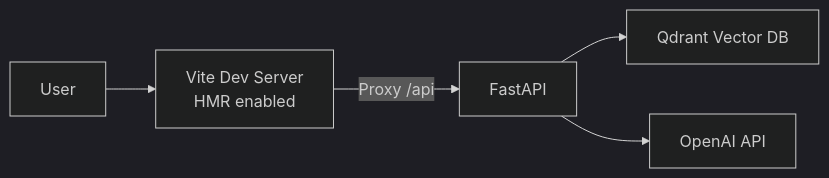
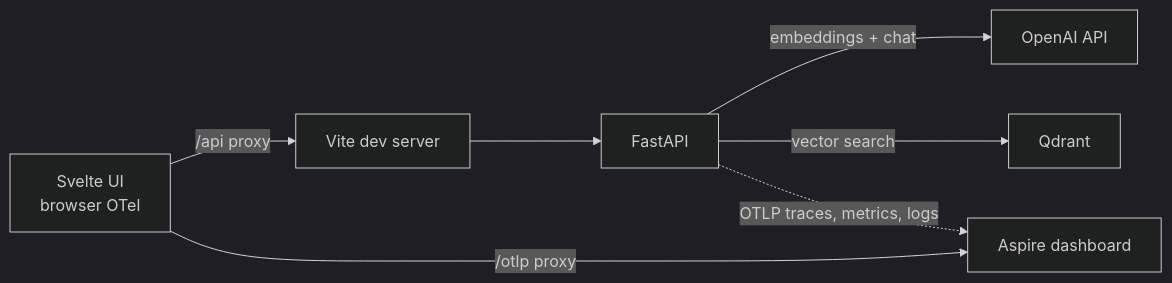
The first of 2 diagrams in samples/rag-document-qa-svelte/README.md (microsoft/aspire-samples), drawn with Mermaid (dark theme) before and after one commit. The commit also changed other lines of this file and 36 other files, not shown here.

First line of the commit message:
rag-document-qa-svelte: handbook Q&A with GenAI telemetry, browser tracing, and Scalar

````diff
--- a/samples/rag-document-qa-svelte/README.md
+++ b/samples/rag-document-qa-svelte/README.md
@@ -13,7 +46,9 @@
 ```mermaid
 flowchart LR
-    User --> Svelte[Vite Dev Server<br/>HMR enabled]
-    Svelte -->|Proxy /api| API[FastAPI]
-    API --> Qdrant[Qdrant Vector DB]
-    API --> OpenAI[OpenAI API]
+    Browser[Svelte UI<br/>browser OTel] -->|/api proxy| Vite[Vite dev server]
+    Browser -->|/otlp proxy| Dashboard[Aspire dashboard]
+    Vite --> API[FastAPI]
+    API -->|embeddings + chat| OpenAI[OpenAI API]
+    API -->|vector search| Qdrant[Qdrant]
+    API -.->|OTLP traces, metrics, logs| Dashboard
 ```
````
